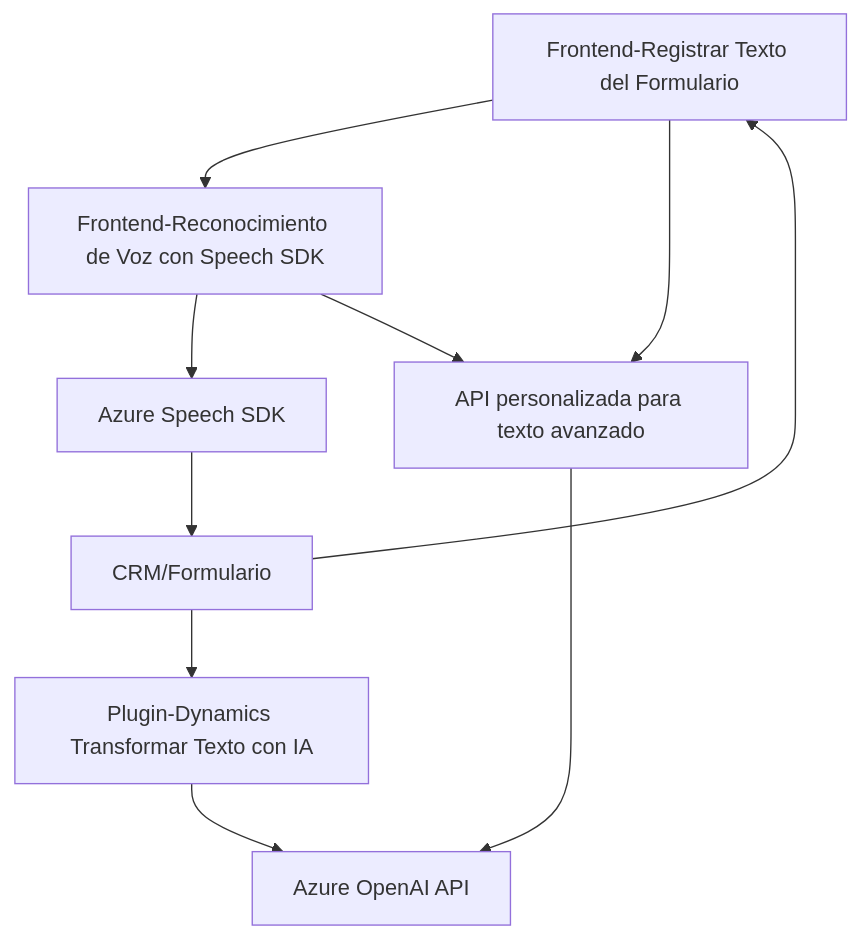
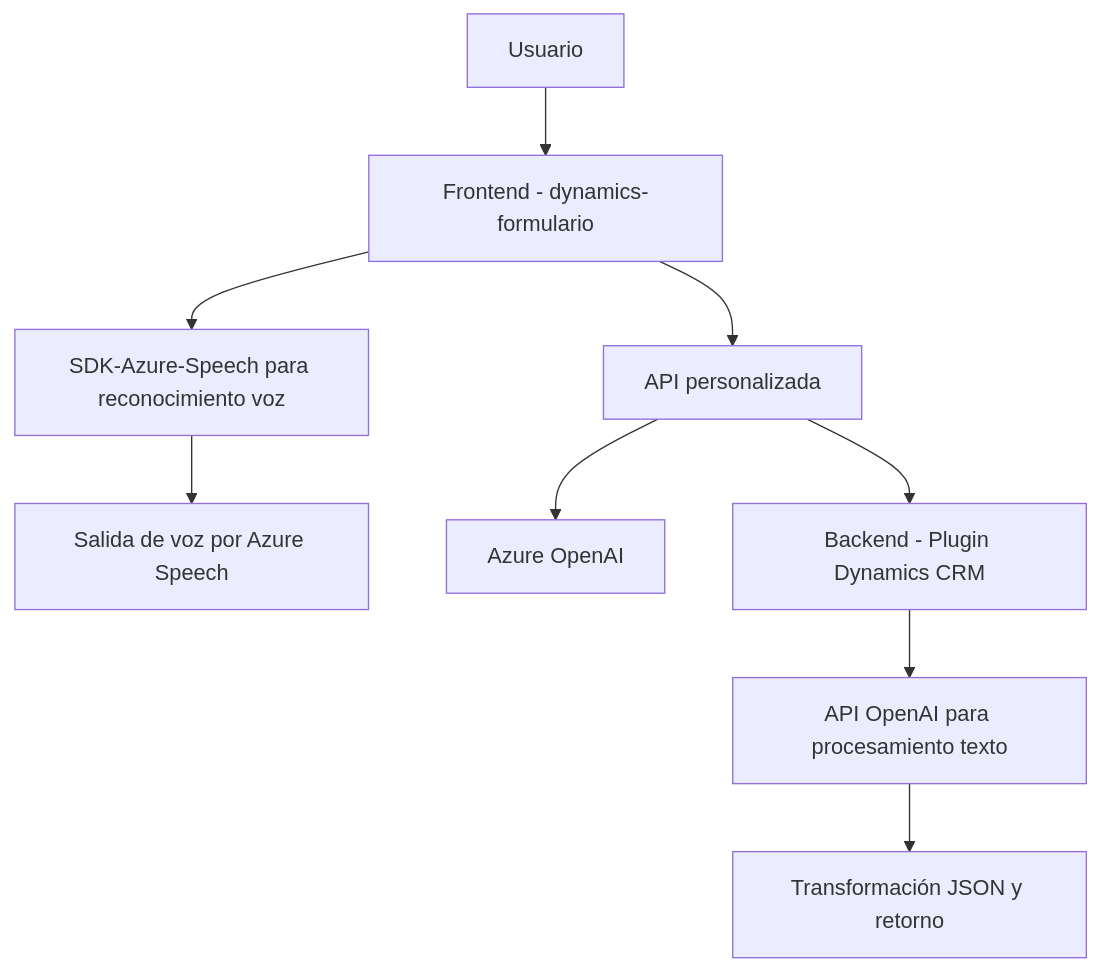
One commit to blopezdm/NETCORE_BILBAO2025 changed the diagram in README.md. Above: the diagram before and after it, drawn with Mermaid. The commit also changed other lines of this file, not shown here.

Commit message:
Actualizar análisis global de la solución con IA

````diff
--- a/README.md
+++ b/README.md
@@ -44,20 +51,11 @@
 ```mermaid
 graph TD
-    A["Frontend-Registrar Texto del Formulario"]
-    B["Frontend-Reconocimiento de Voz con Speech SDK"]
-    C["Azure Speech SDK"]
-    D["Azure OpenAI API"]
-    E["Plugin-Dynamics Transformar Texto con IA"]
-    F["CRM/Formulario"]
-    G["API personalizada para texto avanzado"]
-
-    A --> B
-    B --> C
-    F --> A
-    F --> E
-    C --> F
-    E --> D
-    A --> G
-    B --> G
-    G --> D
+    A["Usuario"] --> B["Frontend - dynamics-formulario"]
+    B --> C["SDK-Azure-Speech para reconocimiento voz"]
+    B --> D["API personalizada"]
+    D --> E["Azure OpenAI"]
+    C --> F["Salida de voz por Azure Speech"]
+    D --> G["Backend - Plugin Dynamics CRM"]
+    G --> H["API OpenAI para procesamiento texto"]
+    H --> I["Transformación JSON y retorno"]
 ```
````
